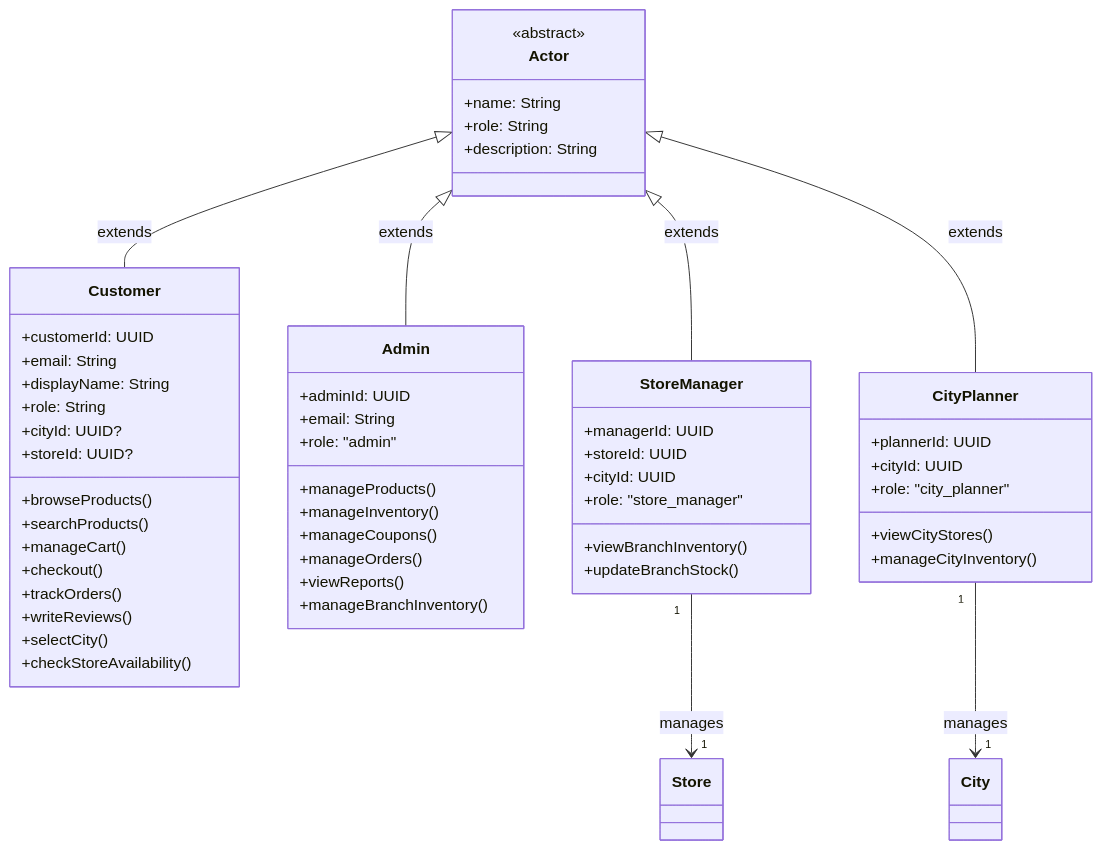
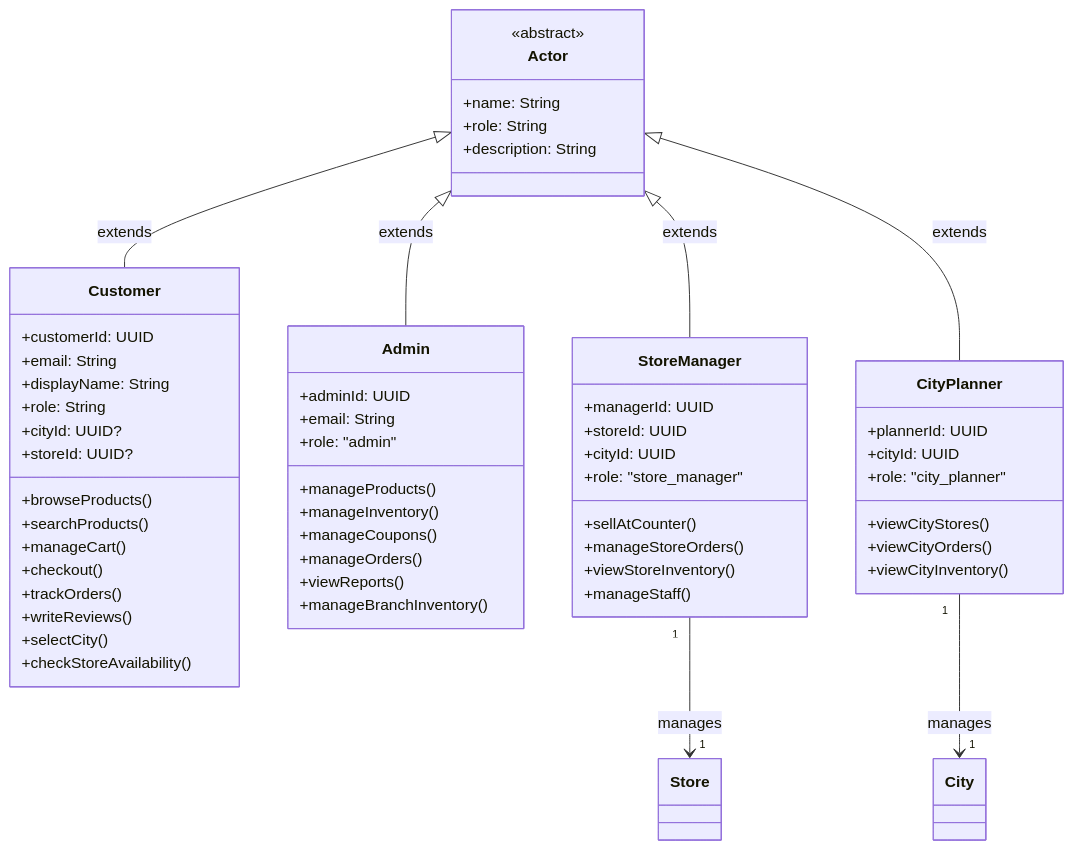
The first of 60 diagrams in docs/design-analysis/OOSAD_ANALYSIS.md (DanhTrannn/TLCN), drawn with Mermaid before and after one commit. The commit also changed other lines of this file and 6 other files, not shown here.

````diff
--- a/docs/design-analysis/OOSAD_ANALYSIS.md
+++ b/docs/design-analysis/OOSAD_ANALYSIS.md
@@ -55,63 +55,66 @@
 ```mermaid
 classDiagram
     class Actor {
         <<abstract>>
         +name: String
         +role: String
         +description: String
     }
     
     class Customer {
         +customerId: UUID
         +email: String
         +displayName: String
         +role: String
         +cityId: UUID?
         +storeId: UUID?
         +browseProducts()
         +searchProducts()
         +manageCart()
         +checkout()
         +trackOrders()
         +writeReviews()
         +selectCity()
         +checkStoreAvailability()
     }
     
     class Admin {
         +adminId: UUID
         +email: String
         +role: "admin"
         +manageProducts()
         +manageInventory()
         +manageCoupons()
         +manageOrders()
         +viewReports()
         +manageBranchInventory()
     }
     
     class StoreManager {
         +managerId: UUID
         +storeId: UUID
         +cityId: UUID
         +role: "store_manager"
-        +viewBranchInventory()
-        +updateBranchStock()
+        +sellAtCounter()
+        +manageStoreOrders()
+        +viewStoreInventory()
+        +manageStaff()
     }
     
     class CityPlanner {
         +plannerId: UUID
         +cityId: UUID
         +role: "city_planner"
         +viewCityStores()
-        +manageCityInventory()
+        +viewCityOrders()
+        +viewCityInventory()
     }
     
     Actor <|-- Customer : extends
     Actor <|-- Admin : extends
     Actor <|-- StoreManager : extends
     Actor <|-- CityPlanner : extends
     
     StoreManager "1" --> "1" Store : manages
     CityPlanner "1" --> "1" City : manages
 ```
````
